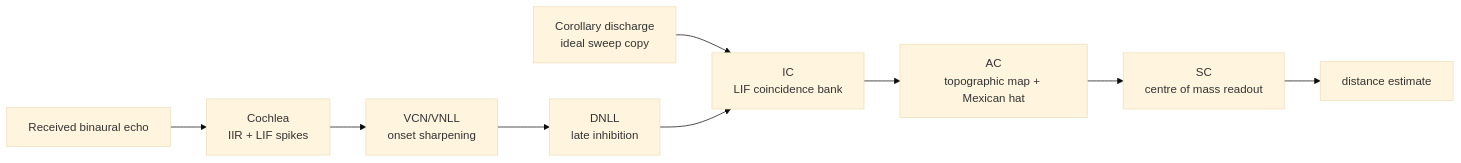
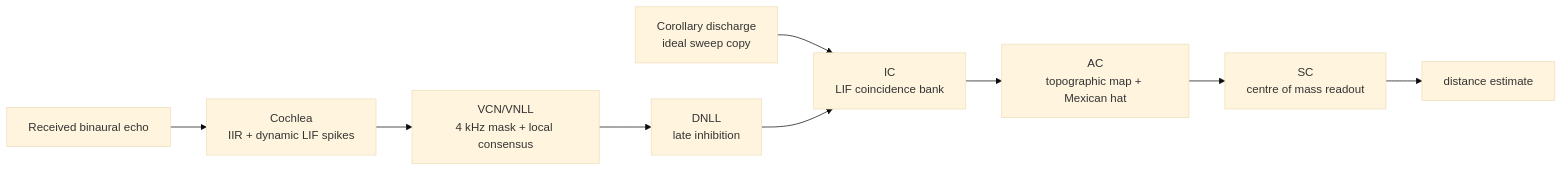
The diagram in distance_pathway/reports/full_distance_pathway_model.md (jackhenry02/Radar_SNN_4), drawn with Mermaid (base theme) before and after one commit. The commit also changed other lines of this file and 6 other files, not shown here.

````diff
--- a/distance_pathway/reports/full_distance_pathway_model.md
+++ b/distance_pathway/reports/full_distance_pathway_model.md
@@ -7,11 +7,11 @@
 ```mermaid
 flowchart LR
-    A[Received binaural echo] --> B[Cochlea<br/>IIR + LIF spikes]
-    B --> C[VCN/VNLL<br/>onset sharpening]
+    A[Received binaural echo] --> B[Cochlea<br/>IIR + dynamic LIF spikes]
+    B --> C[VCN/VNLL<br/>4 kHz mask + local consensus]
     C --> D[DNLL<br/>late inhibition]
     E[Corollary discharge<br/>ideal sweep copy] --> F[IC<br/>LIF coincidence bank]
     D --> F
     F --> G[AC<br/>topographic map + Mexican hat]
     G --> H[SC<br/>centre of mass readout]
     H --> I[distance estimate]
 ```
````
